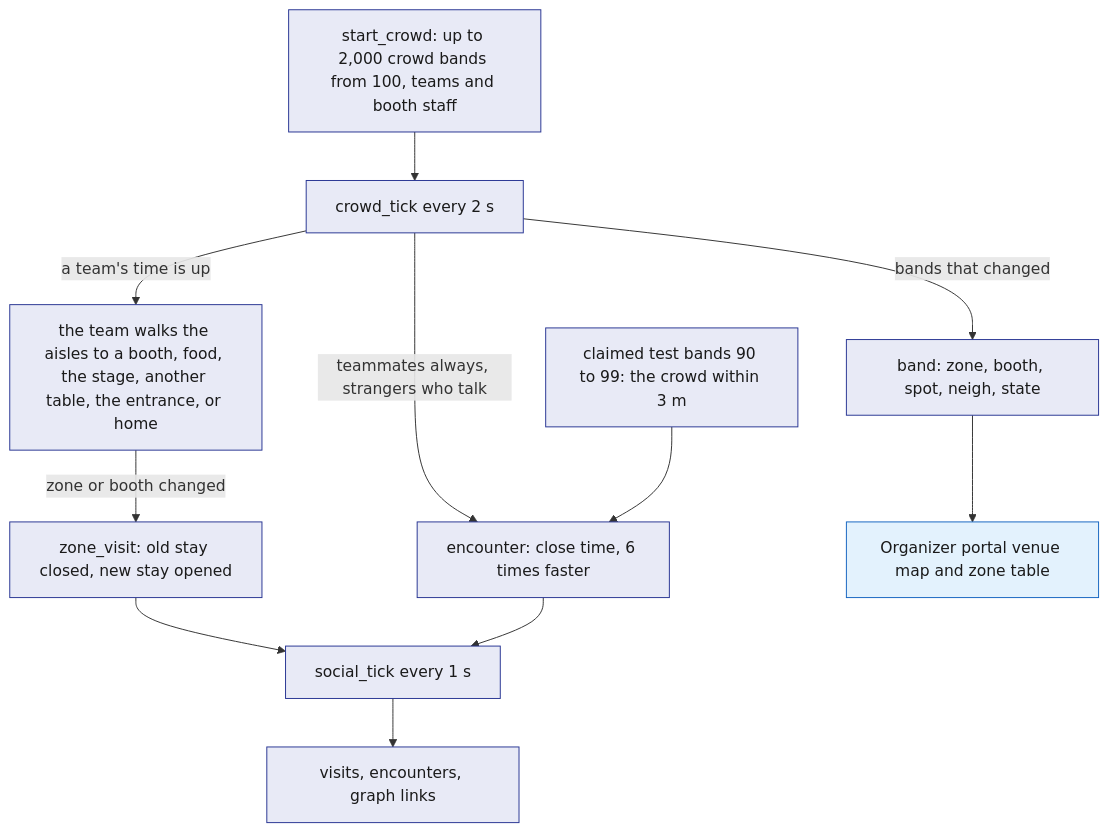
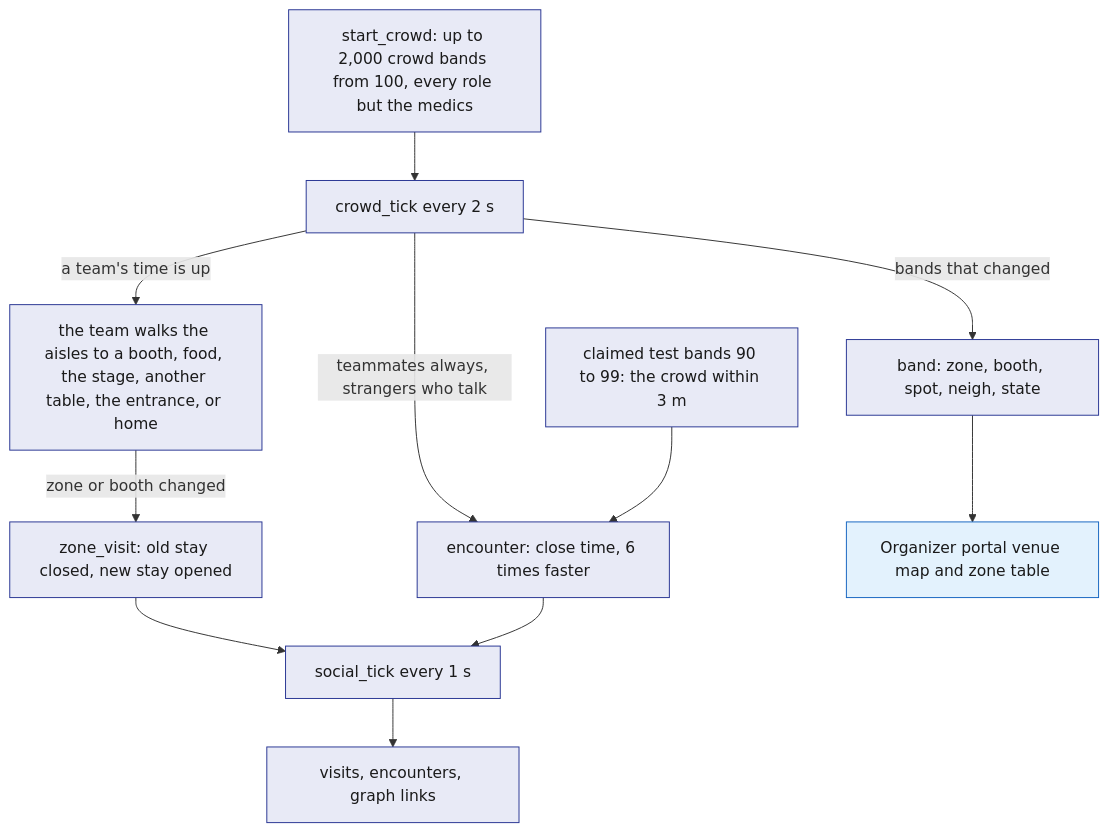
The first of 2 diagrams in System Design/3-services/Test-Bands.md (viktorinkov/cal-hacks-13), drawn with Mermaid before and after one commit. The commit also changed other lines of this file and 13 other files, not shown here.

Commit message:
Every role wears a band: organizers, photographers and speakers join the crowd, roles shown on the Live tab

````diff
--- a/System Design/3-services/Test-Bands.md
+++ b/System Design/3-services/Test-Bands.md
@@ -106,17 +113,17 @@
 ```mermaid
 flowchart TB
-    SC["start_crowd: up to 2,000 crowd bands from 100, teams and booth staff"] --> CT["crowd_tick every 2 s"]
+    SC["start_crowd: up to 2,000 crowd bands from 100, every role but the medics"] --> CT["crowd_tick every 2 s"]
     CT -->|"a team's time is up"| MV["the team walks the aisles to a booth, food, the stage, another table, the entrance, or home"]
     MV -->|"zone or booth changed"| ST["zone_visit: old stay closed, new stay opened"]
     CT -->|"bands that changed"| BR["band: zone, booth, spot, neigh, state"]
     CT -->|"teammates always, strangers who talk"| CL["encounter: close time, 6 times faster"]
     TB["claimed test bands 90 to 99: the crowd within 3 m"] --> CL
     BR --> MAP["Organizer portal venue map and zone table"]
     ST --> SS["social_tick every 1 s"]
     CL --> SS
     SS --> OUT["visits, encounters, graph links"]
     classDef stdb fill:#E8EAF6,stroke:#283593,color:#1A1A1A
     classDef web fill:#E3F2FD,stroke:#1565C0,color:#1A1A1A
     class SC,CT,MV,ST,BR,CL,TB,SS,OUT stdb
     class MAP web
 ```
````
